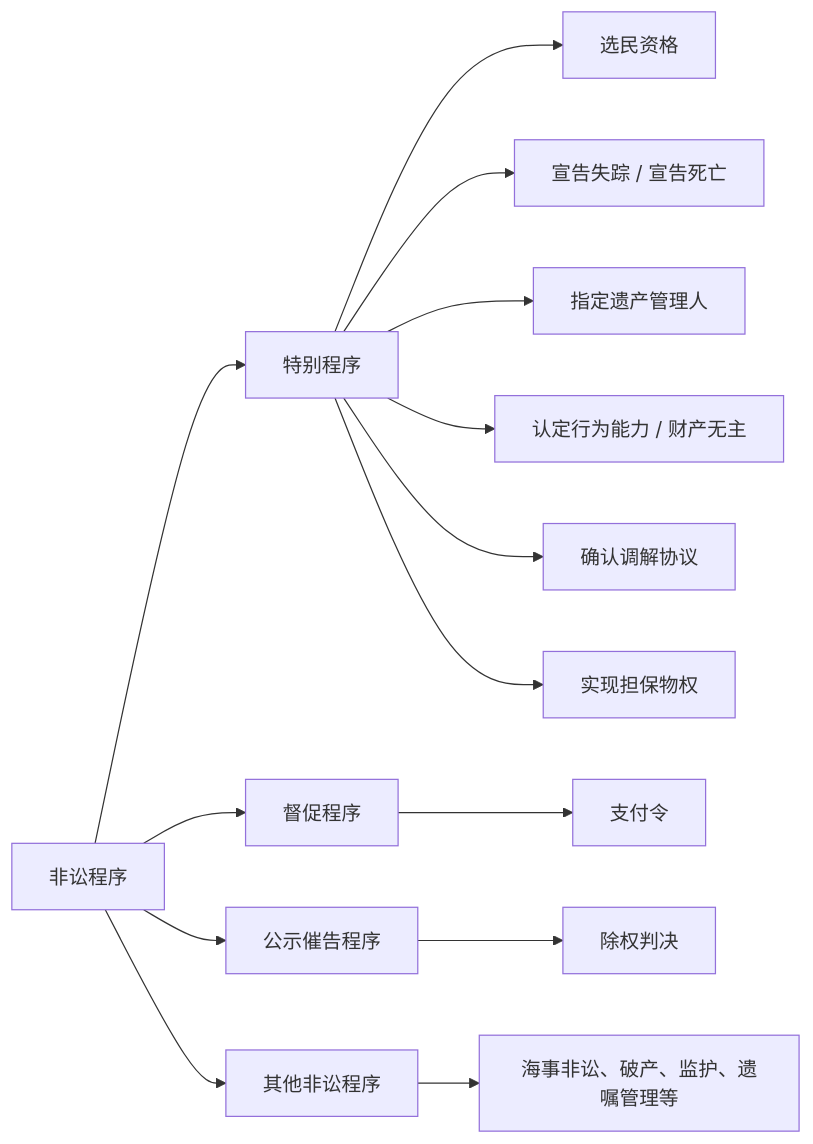
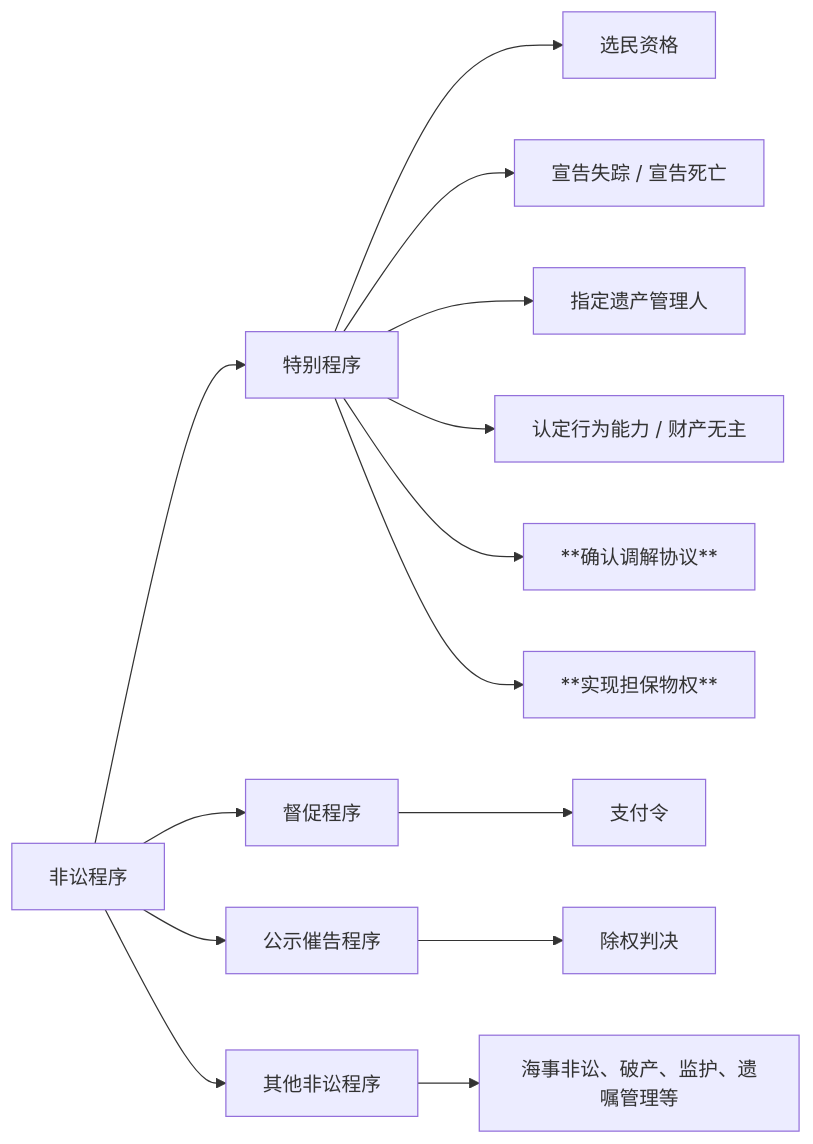
Before and after one commit to chilly-chilli/ChillyChilli: the first of 16 diagrams in content/法学/民商法/民事诉讼法/XVI 非讼程序.md, drawn with Mermaid. The commit also changed other lines of this file and 29 other files, not shown here.

````diff
--- a/content/法学/民商法/民事诉讼法/XVI 非讼程序.md
+++ b/content/法学/民商法/民事诉讼法/XVI 非讼程序.md
@@ -48,16 +47,16 @@
 ```mermaid
 graph LR
   A["非讼程序"] --> B["特别程序"]
   A --> C["督促程序"]
   A --> D["公示催告程序"]
   A --> E["其他非讼程序"]
   B --> B1["选民资格"]
   B --> B2["宣告失踪 / 宣告死亡"]
   B --> B3["指定遗产管理人"]
   B --> B4["认定行为能力 / 财产无主"]
-  B --> B5["确认调解协议"]
-  B --> B6["实现担保物权"]
+  B --> B5["**确认调解协议**"]
+  B --> B6["**实现担保物权**"]
   C --> C1["支付令"]
   D --> D1["除权判决"]
   E --> E1["海事非讼、破产、监护、遗嘱管理等"]
 ```
````
